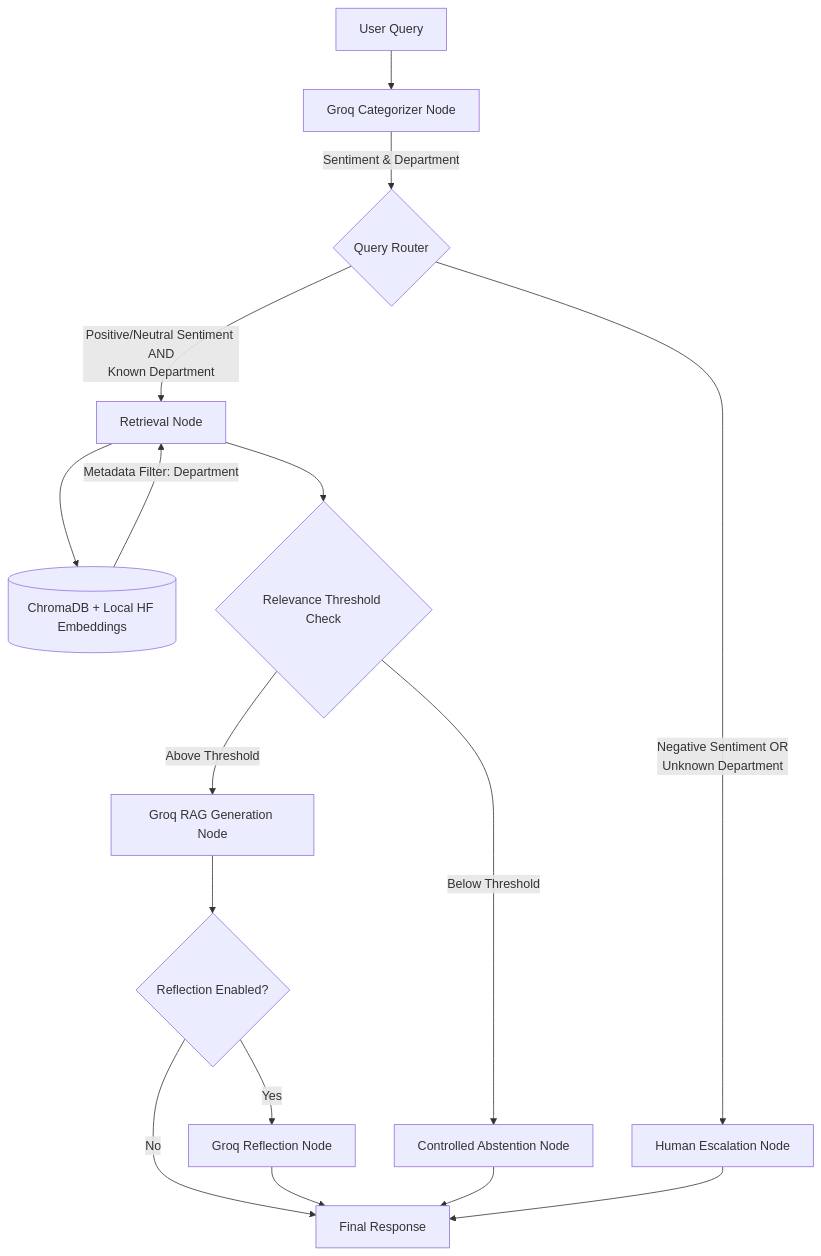
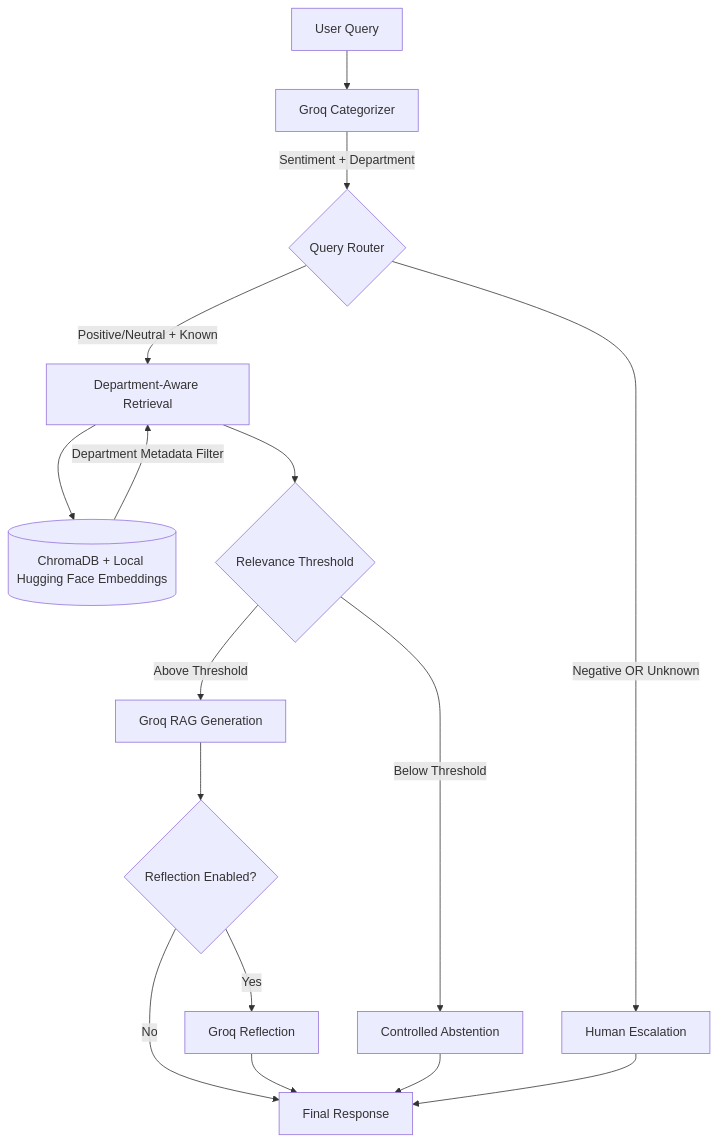
The diagram in README.md (laharika15/ShopUNow), drawn with Mermaid before and after one commit. The commit also changed other lines of this file, not shown here.

````diff
--- a/README.md
+++ b/README.md
@@ -12,21 +12,24 @@
 ```mermaid
 graph TD
-    A[User Query] --> B[Groq Categorizer Node]
-    B --> |Sentiment & Department| C{Query Router}
-    C -->|Negative Sentiment OR<br>Unknown Department| D[Human Escalation Node]
-    C -->|Positive/Neutral Sentiment AND<br>Known Department| E[Retrieval Node]
-    
-    E --> F[(ChromaDB + Local HF Embeddings)]
-    F -->|Metadata Filter: Department| E
-    
-    E --> G{Relevance Threshold Check}
-    G -->|Below Threshold| H[Controlled Abstention Node]
-    G -->|Above Threshold| I[Groq RAG Generation Node]
-    
+    A[User Query] --> B[Groq Categorizer]
+    B -->|Sentiment + Department| C{Query Router}
+
+    C -->|Negative OR Unknown| D[Human Escalation]
+    C -->|Positive/Neutral + Known| E[Department-Aware Retrieval]
+
+    E --> F[(ChromaDB + Local Hugging Face Embeddings)]
+    F -->|Department Metadata Filter| E
+
+    E --> G{Relevance Threshold}
+
+    G -->|Below Threshold| H[Controlled Abstention]
+    G -->|Above Threshold| I[Groq RAG Generation]
+
     I --> J{Reflection Enabled?}
-    J -->|Yes| K[Groq Reflection Node]
+    J -->|Yes| K[Groq Reflection]
     J -->|No| L[Final Response]
+
     K --> L
     H --> L
     D --> L
 ```
````
